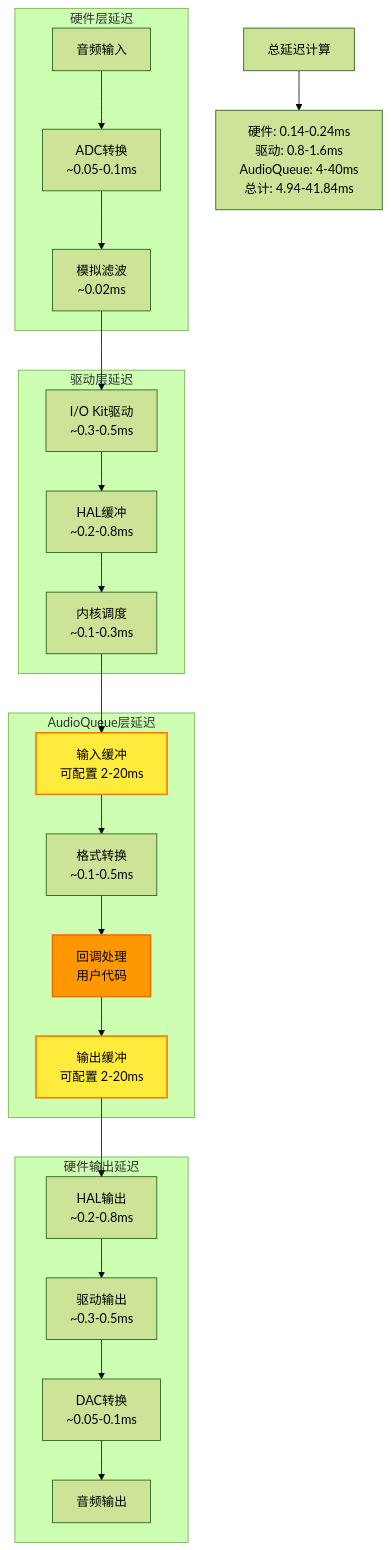
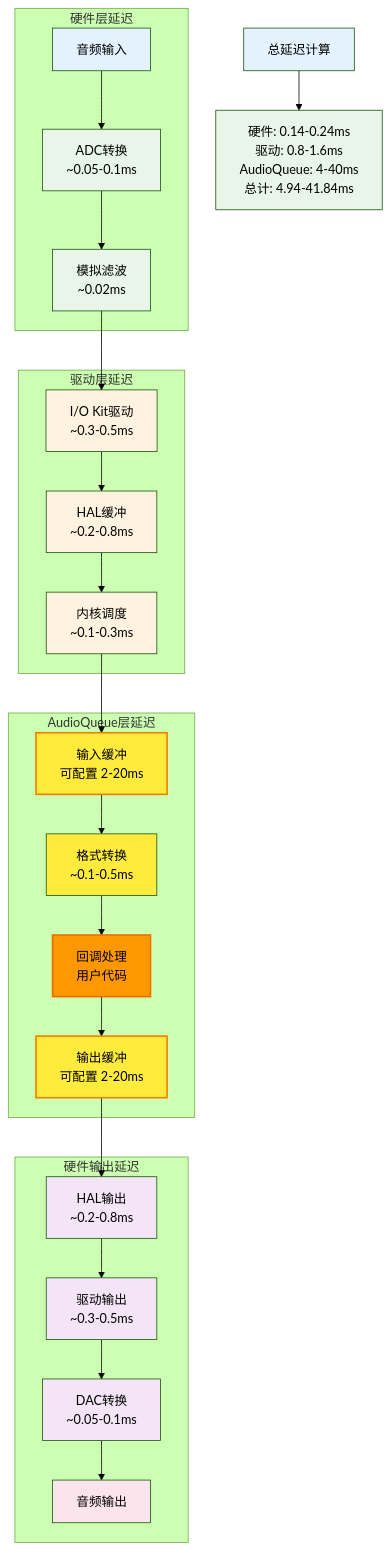
Before and after one commit to Dtheme/ohmy408: the ninth of 10 diagrams in ohmy408/datas.bundle/音频开发/1.2 AudioQueue技术原理和使用.md, drawn with Mermaid (forest theme). The commit also changed other lines of this file and 7 other files, not shown here.

````diff
--- a/ohmy408/datas.bundle/音频开发/1.2 AudioQueue技术原理和使用.md
+++ b/ohmy408/datas.bundle/音频开发/1.2 AudioQueue技术原理和使用.md
@@ -1503,33 +1697,47 @@
 ```mermaid
 flowchart TD
     subgraph "硬件层延迟"
         A[音频输入] --> B[ADC转换<br/>~0.05-0.1ms]
         B --> C[模拟滤波<br/>~0.02ms]
     end
     
     subgraph "驱动层延迟"
         C --> D[I/O Kit驱动<br/>~0.3-0.5ms]
         D --> E[HAL缓冲<br/>~0.2-0.8ms]
         E --> F[内核调度<br/>~0.1-0.3ms]
     end
     
     subgraph "AudioQueue层延迟"
         F --> G[输入缓冲<br/>可配置 2-20ms]
         G --> H[格式转换<br/>~0.1-0.5ms]
         H --> I[回调处理<br/>用户代码]
         I --> J[输出缓冲<br/>可配置 2-20ms]
     end
     
     subgraph "硬件输出延迟"
         J --> K[HAL输出<br/>~0.2-0.8ms]
         K --> L[驱动输出<br/>~0.3-0.5ms]
         L --> M[DAC转换<br/>~0.05-0.1ms]
         M --> N[音频输出]
     end
     
-    style G fill:#ffeb3b,stroke:#f57c00,stroke-width:2px
-    style I fill:#ff9800,stroke:#ef6c00,stroke-width:2px
-    style J fill:#ffeb3b,stroke:#f57c00,stroke-width:2px
+    style G fill:#ffeb3b,stroke:#f57c00,stroke-width:2px,color:#000
+    style I fill:#ff9800,stroke:#ef6c00,stroke-width:2px,color:#000
+    style J fill:#ffeb3b,stroke:#f57c00,stroke-width:2px,color:#000
+    style A fill:#e3f2fd,color:#000
+    style B fill:#e8f5e8,color:#000
+    style C fill:#e8f5e8,color:#000
+    style D fill:#fff3e0,color:#000
+    style E fill:#fff3e0,color:#000
+    style F fill:#fff3e0,color:#000
+    style H fill:#ffeb3b,color:#000
+    style K fill:#f3e5f5,color:#000
+    style L fill:#f3e5f5,color:#000
+    style M fill:#f3e5f5,color:#000
+    style N fill:#fce4ec,color:#000
     
     O[总延迟计算] --> P[硬件: 0.14-0.24ms<br/>驱动: 0.8-1.6ms<br/>AudioQueue: 4-40ms<br/>总计: 4.94-41.84ms]
+    
+    style O fill:#e3f2fd,color:#000
+    style P fill:#e8f5e8,color:#000
 ```
````
